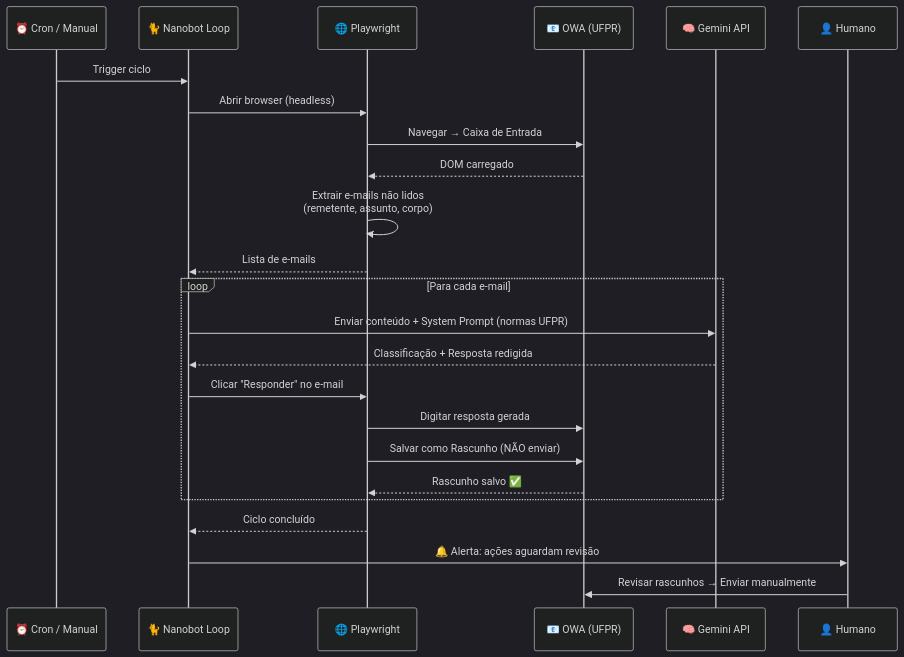
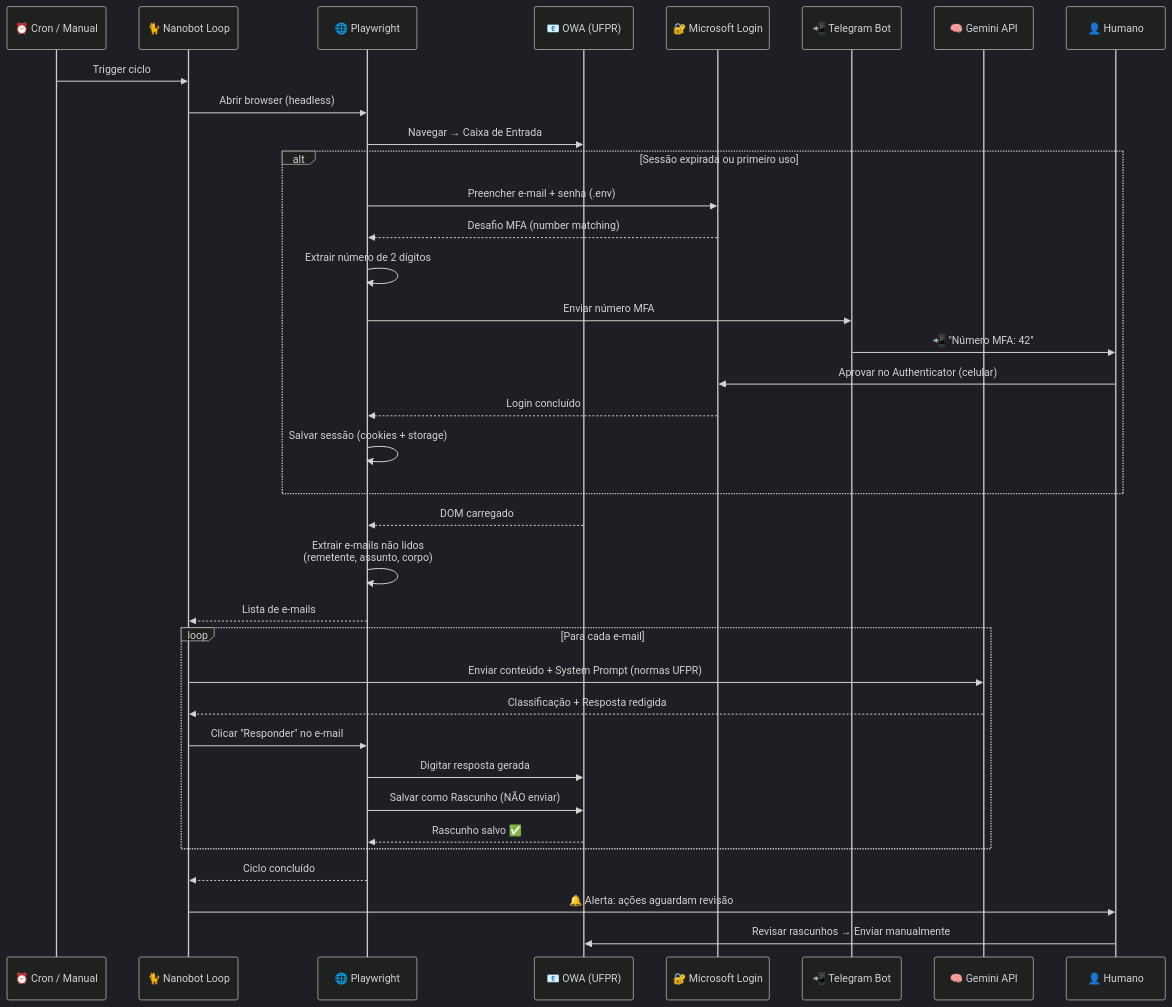
The second of 2 diagrams in ufpr_automation/ARCHITECTURE.md (lucasmsorrentino/automation_nanobot), drawn with Mermaid (dark theme) before and after one commit. The commit also changed other lines of this file and 24 other files, not shown here.

First line of the commit message:
feat(ufpr): auto-login with MFA number-match via Telegram Bot

````diff
--- a/ufpr_automation/ARCHITECTURE.md
+++ b/ufpr_automation/ARCHITECTURE.md
@@ -134,29 +137,43 @@
 ```mermaid
 sequenceDiagram
     participant C as ⏰ Cron / Manual
     participant N as 🐈 Nanobot Loop
     participant P as 🌐 Playwright
     participant O as 📧 OWA (UFPR)
+    participant M as 🔐 Microsoft Login
+    participant T as 📲 Telegram Bot
     participant G as 🧠 Gemini API
     participant H as 👤 Humano
 
     C->>N: Trigger ciclo
     N->>P: Abrir browser (headless)
     P->>O: Navegar → Caixa de Entrada
+
+    alt Sessão expirada ou primeiro uso
+        P->>M: Preencher e-mail + senha (.env)
+        M-->>P: Desafio MFA (number matching)
+        P->>P: Extrair número de 2 dígitos
+        P->>T: Enviar número MFA
+        T->>H: 📲 "Número MFA: 42"
+        H->>M: Aprovar no Authenticator (celular)
+        M-->>P: Login concluído
+        P->>P: Salvar sessão (cookies + storage)
+    end
+
     O-->>P: DOM carregado
     P->>P: Extrair e-mails não lidos<br/>(remetente, assunto, corpo)
     P-->>N: Lista de e-mails
 
     loop Para cada e-mail
         N->>G: Enviar conteúdo + System Prompt (normas UFPR)
         G-->>N: Classificação + Resposta redigida
         N->>P: Clicar "Responder" no e-mail
         P->>O: Digitar resposta gerada
         P->>O: Salvar como Rascunho (NÃO enviar)
         O-->>P: Rascunho salvo ✅
     end
 
     P-->>N: Ciclo concluído
     N->>H: 🔔 Alerta: ações aguardam revisão
     H->>O: Revisar rascunhos → Enviar manualmente
 ```
````
